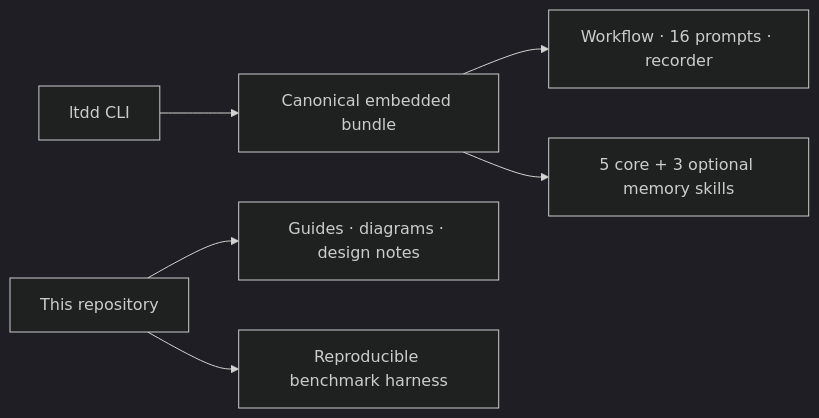
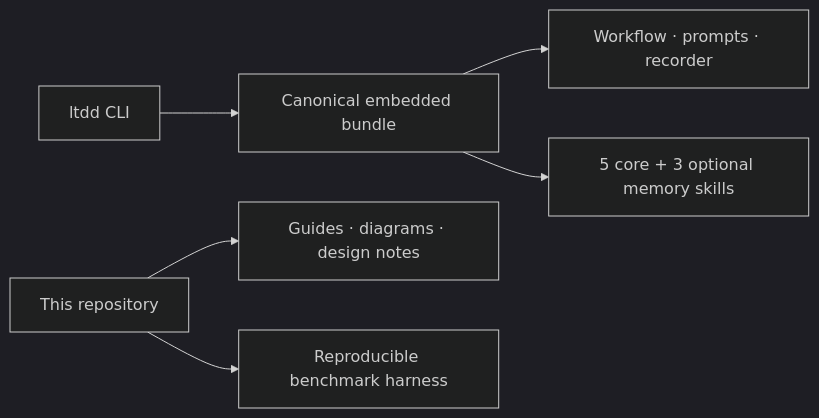
One commit to cdespona/conductor-layered-tdd changed the diagram in README.md. Above: the diagram before and after it, drawn with Mermaid (dark theme). The commit also changed other lines of this file and 9 other files, not shown here.

````diff
--- a/README.md
+++ b/README.md
@@ -24,8 +24,8 @@
 ```mermaid
 flowchart LR
     CLI["ltdd CLI"] --> Bundle["Canonical embedded bundle"]
-    Bundle --> Workflow["Workflow · 16 prompts · recorder"]
+    Bundle --> Workflow["Workflow · prompts · recorder"]
     Bundle --> Skills["5 core + 3 optional memory skills"]
     Repo["This repository"] --> Docs["Guides · diagrams · design notes"]
     Repo --> Bench["Reproducible benchmark harness"]
 ```
````
